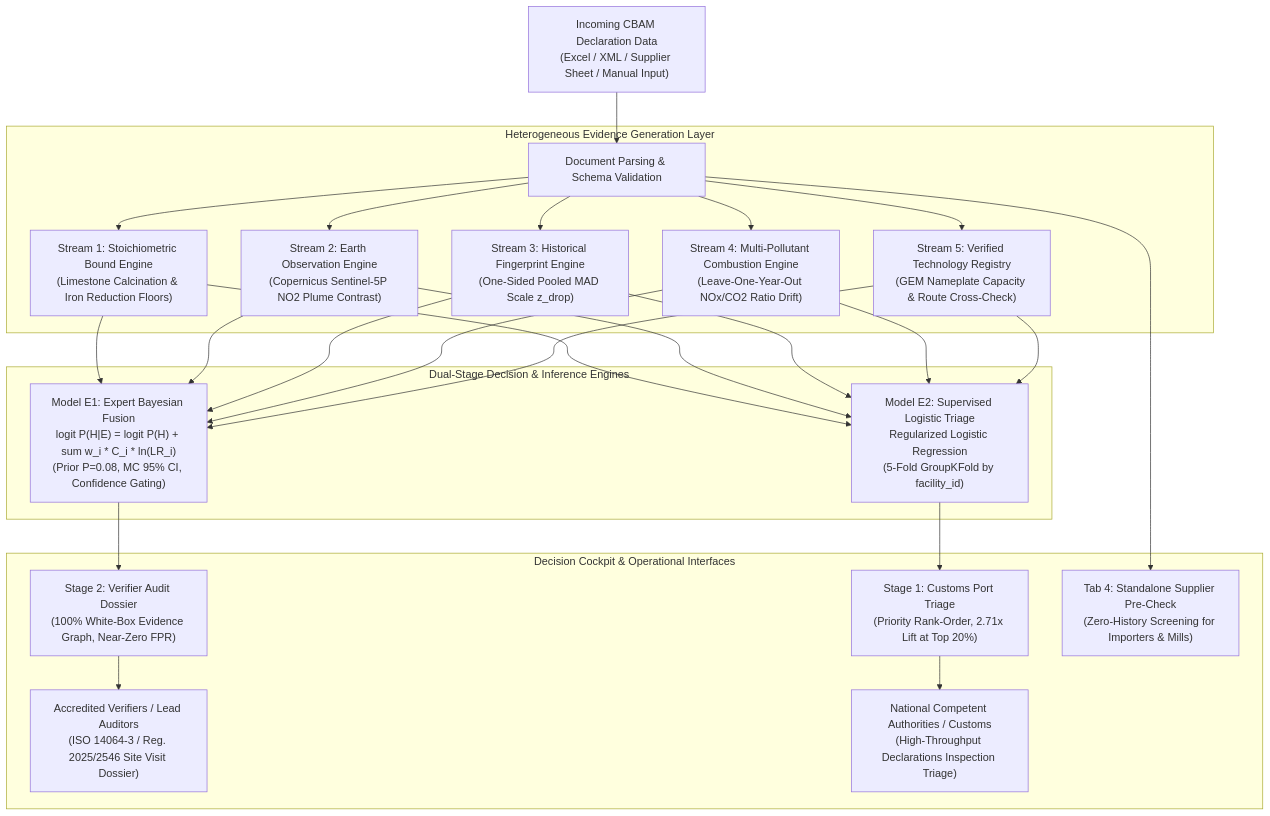
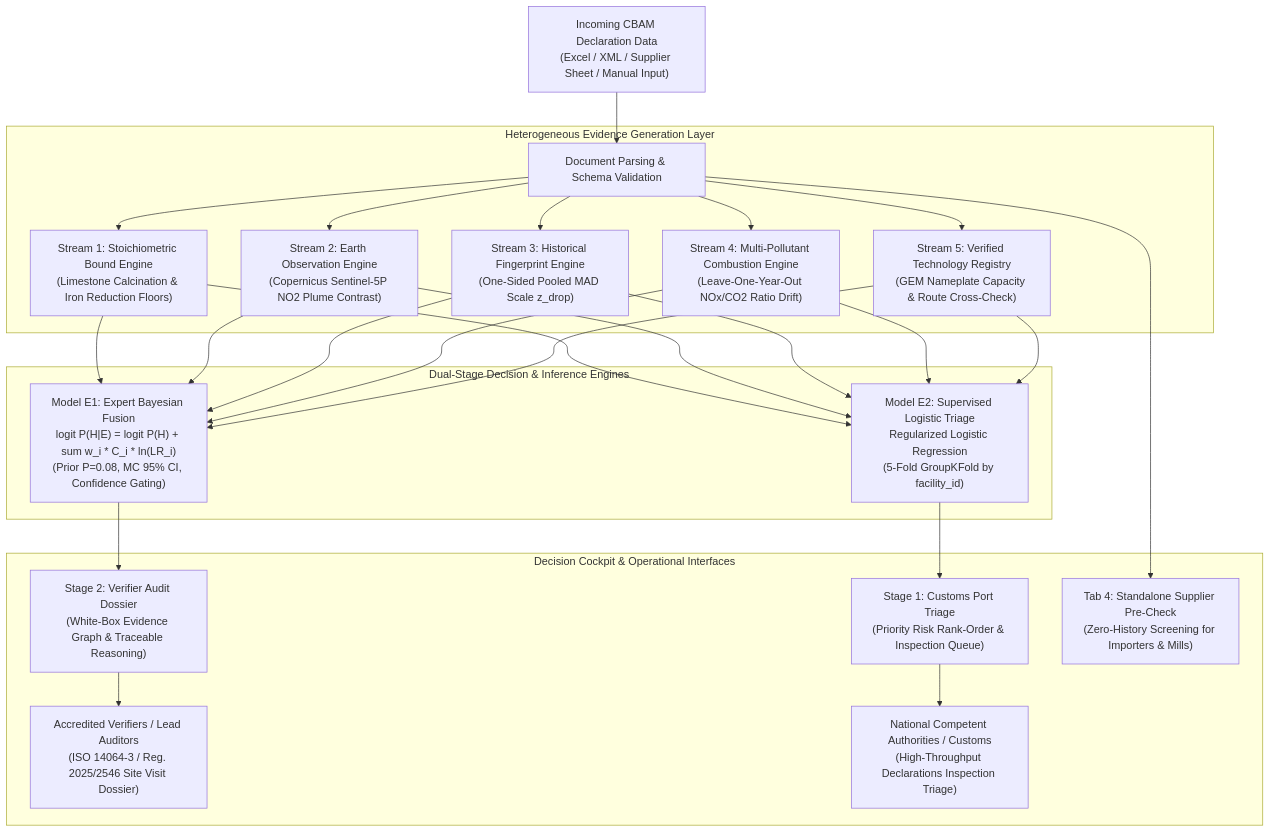
Before and after one commit to CaceresCristhian/VeriCBAM: the first of 2 diagrams in Capstone_Proposal_Document.md, drawn with Mermaid. The commit also changed other lines of this file and 3 other files, not shown here.

````diff
--- a/Capstone_Proposal_Document.md
+++ b/Capstone_Proposal_Document.md
@@ -88,35 +86,35 @@
 ```mermaid
 flowchart TD
     A["Incoming CBAM Declaration Data\n(Excel / XML / Supplier Sheet / Manual Input)"] --> B["Document Parsing & Schema Validation"]
     
     subgraph Evidence_Generation["Heterogeneous Evidence Generation Layer"]
         B --> C1["Stream 1: Stoichiometric Bound Engine\n(Limestone Calcination & Iron Reduction Floors)"]
         B --> C2["Stream 2: Earth Observation Engine\n(Copernicus Sentinel-5P NO2 Plume Contrast)"]
         B --> C3["Stream 3: Historical Fingerprint Engine\n(One-Sided Pooled MAD Scale z_drop)"]
         B --> C4["Stream 4: Multi-Pollutant Combustion Engine\n(Leave-One-Year-Out NOx/CO2 Ratio Drift)"]
         B --> C5["Stream 5: Verified Technology Registry\n(GEM Nameplate Capacity & Route Cross-Check)"]
     end
     
     subgraph Fusion_Engines["Dual-Stage Decision & Inference Engines"]
         C1 --> D1["Model E1: Expert Bayesian Fusion\nlogit P(H|E) = logit P(H) + sum w_i * C_i * ln(LR_i)\n(Prior P=0.08, MC 95% CI, Confidence Gating)"]
         C2 --> D1
         C3 --> D1
         C4 --> D1
         C5 --> D1
         
         C1 --> D2["Model E2: Supervised Logistic Triage\nRegularized Logistic Regression\n(5-Fold GroupKFold by facility_id)"]
         C2 --> D2
         C3 --> D2
         C4 --> D2
         C5 --> D2
     end
     
-    D1 --> E1["Stage 2: Verifier Audit Dossier\n(100% White-Box Evidence Graph, Near-Zero FPR)"]
-    D2 --> E2["Stage 1: Customs Port Triage\n(Priority Rank-Order, 2.71x Lift at Top 20%)"]
+    D1 --> E1["Stage 2: Verifier Audit Dossier\n(White-Box Evidence Graph & Traceable Reasoning)"]
+    D2 --> E2["Stage 1: Customs Port Triage\n(Priority Risk Rank-Order & Inspection Queue)"]
     
     subgraph User_Touchpoints["Decision Cockpit & Operational Interfaces"]
         E1 --> F1["Accredited Verifiers / Lead Auditors\n(ISO 14064-3 / Reg. 2025/2546 Site Visit Dossier)"]
         E2 --> F2["National Competent Authorities / Customs\n(High-Throughput Declarations Inspection Triage)"]
         B --> F3["Tab 4: Standalone Supplier Pre-Check\n(Zero-History Screening for Importers & Mills)"]
     end
 ```
````
